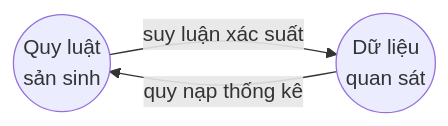
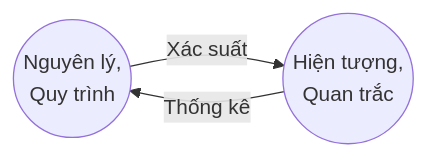
The diagram in index.qmd (phanhuyich/xstk), drawn with Mermaid before and after one commit. The commit also changed other lines of this file and 5 other files, not shown here.

````diff
--- a/index.qmd
+++ b/index.qmd
@@ -19,9 +21,9 @@
 ```{mermaid}
 %%| label: fig-proba-stats
 %%| fig-cap: Xác suất và thống kê.
 flowchart LR
-  A((Quy luật\n sản sinh))
-  B((Dữ liệu\n quan sát))
-  A--suy luận xác suất-->B
-  B--quy nạp thống kê--> A
+  A((Nguyên lý,\n Quy trình))
+  B((Hiện tượng,\n Quan trắc))
+  A-- Xác suất -->B
+  B-- Thống kê --> A
 ```
````
